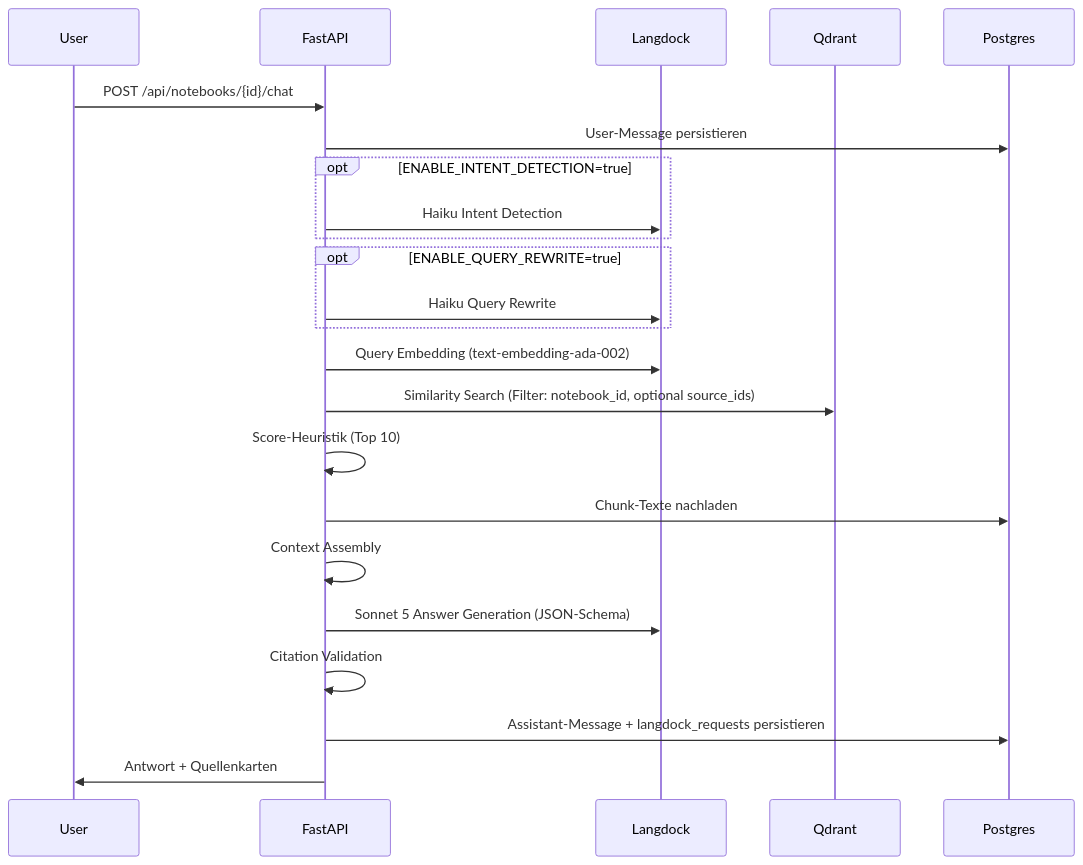
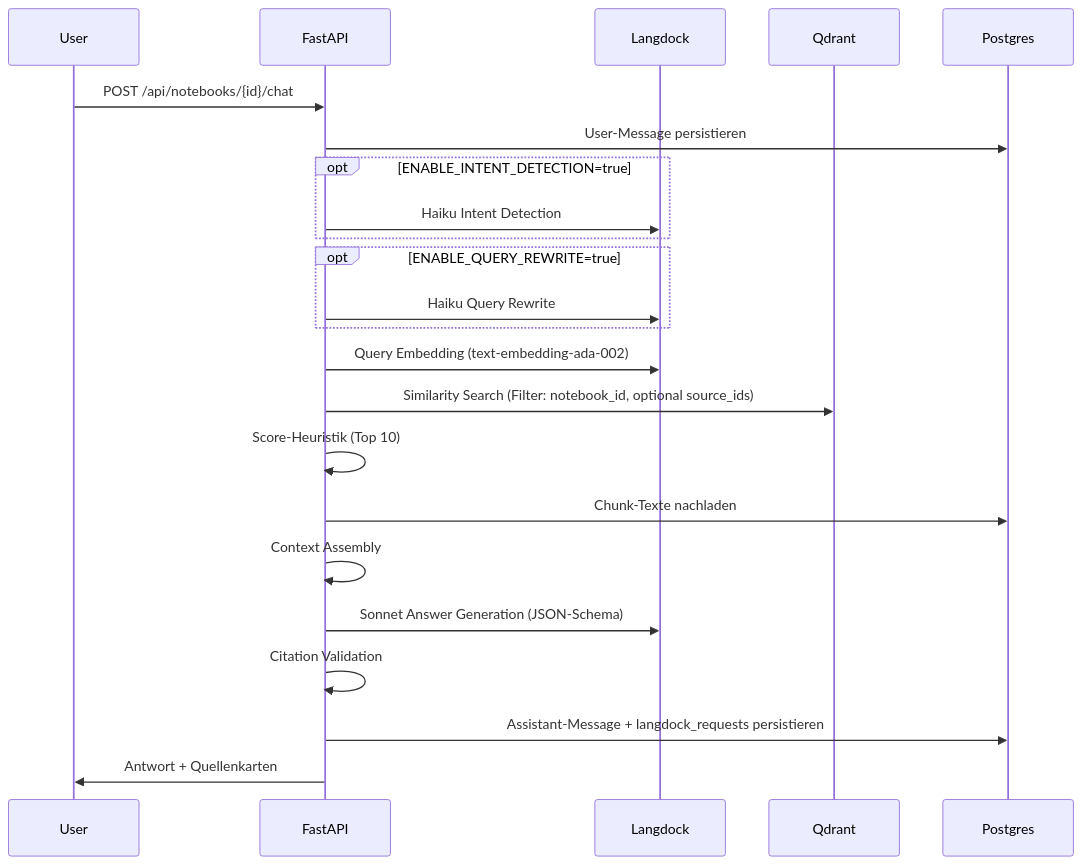
Before and after one commit to Hereliesviolet/NotebookLMC: the diagram in docs/rag-pipeline.md, drawn with Mermaid. The commit also changed other lines of this file and 7 other files, not shown here.

````diff
--- a/docs/rag-pipeline.md
+++ b/docs/rag-pipeline.md
@@ -5,25 +5,25 @@
 ```mermaid
 sequenceDiagram
     participant U as User
     participant API as FastAPI
     participant LD as Langdock
     participant Q as Qdrant
     participant PG as Postgres
     U->>API: POST /api/notebooks/{id}/chat
     API->>PG: User-Message persistieren
     opt ENABLE_INTENT_DETECTION=true
         API->>LD: Haiku Intent Detection
     end
     opt ENABLE_QUERY_REWRITE=true
         API->>LD: Haiku Query Rewrite
     end
     API->>LD: Query Embedding (text-embedding-ada-002)
     API->>Q: Similarity Search (Filter: notebook_id, optional source_ids)
     API->>API: Score-Heuristik (Top 10)
     API->>PG: Chunk-Texte nachladen
     API->>API: Context Assembly
-    API->>LD: Sonnet 5 Answer Generation (JSON-Schema)
+    API->>LD: Sonnet Answer Generation (JSON-Schema)
     API->>API: Citation Validation
     API->>PG: Assistant-Message + langdock_requests persistieren
     API->>U: Antwort + Quellenkarten
 ```
````
